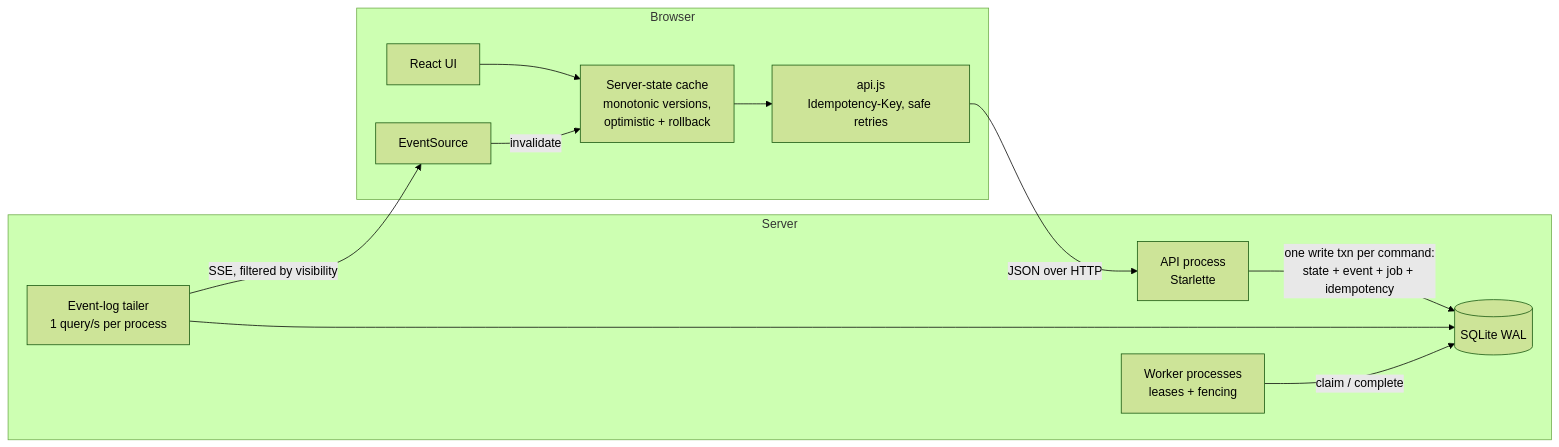
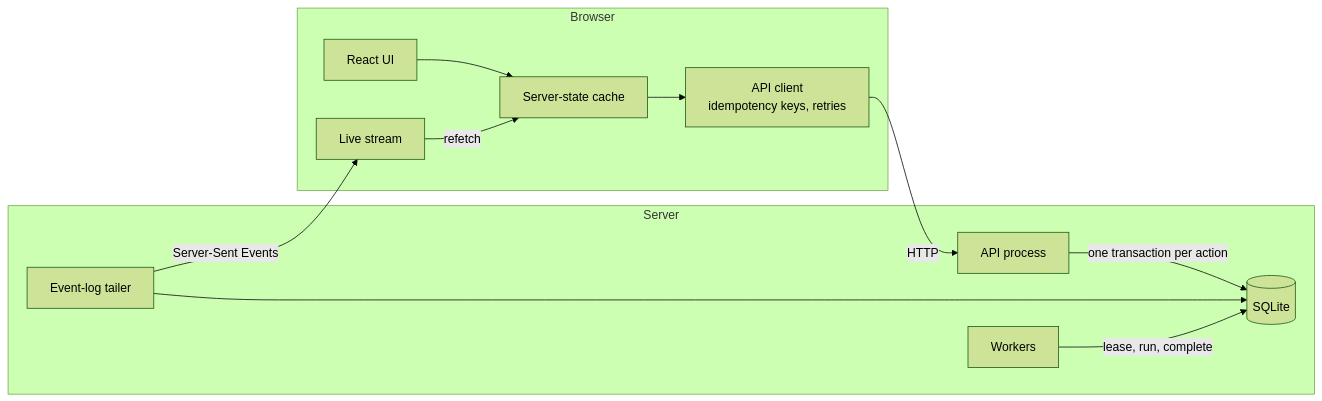
One commit to deXter-star1/opsdesk changed the diagram in README.md. Above: the diagram before and after it, drawn with Mermaid (forest theme). The commit also changed other lines of this file and 1 other file, not shown here.

Commit message:
Restructure README for reviewers; move reference detail to docs/ARCHITECTURE.md

````diff
--- a/README.md
+++ b/README.md
@@ -98,15 +109,15 @@
 ```mermaid
 flowchart LR
   subgraph Browser
-    UI[React UI] --> Cache[Server-state cache<br/>monotonic versions,<br/>optimistic + rollback]
-    Cache --> API_C[api.js<br/>Idempotency-Key, safe retries]
-    SSE_C[EventSource] -->|invalidate| Cache
+    UI[React UI] --> Cache[Server-state cache]
+    Cache --> Client[API client<br/>idempotency keys, retries]
+    Stream[Live stream] -->|refetch| Cache
   end
-  API_C -->|JSON over HTTP| API
+  Client -->|HTTP| API
   subgraph Server
-    API[API process<br/>Starlette] -->|one write txn per command:<br/>state + event + job + idempotency| DB[(SQLite WAL)]
-    Broker[Event-log tailer<br/>1 query/s per process] -->|SSE, filtered by visibility| SSE_C
-    Broker --> DB
-    Worker[Worker processes<br/>leases + fencing] -->|claim / complete| DB
+    API[API process] -->|one transaction per action| DB[(SQLite)]
+    Tailer[Event-log tailer] --> DB
+    Tailer -->|Server-Sent Events| Stream
+    Worker[Workers] -->|lease, run, complete| DB
   end
 ```
````
